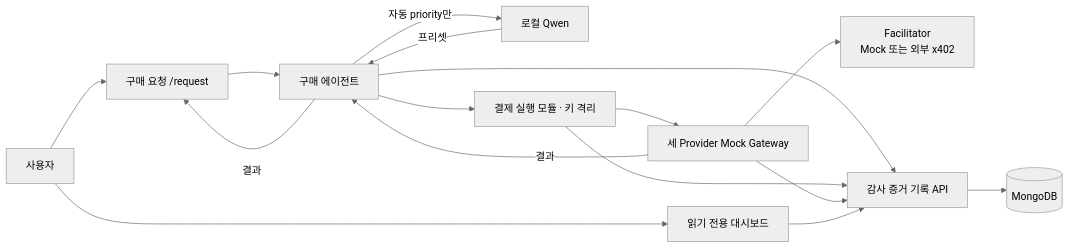
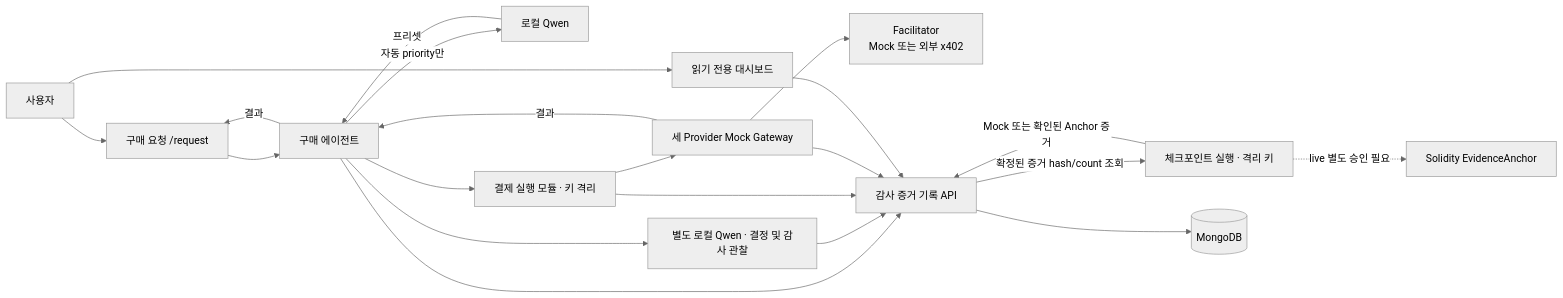
The diagram in README.md (codenameVien/ai-agent-payment-audit), drawn with Mermaid (neutral theme) before and after one commit. The commit also changed other lines of this file and 40 other files, not shown here.

Commit message:
✨ feat: 채팅 구매와 Qwen 감사 및 증거 체크포인트 연결

````diff
--- a/README.md
+++ b/README.md
@@ -17,18 +32,23 @@
 ```mermaid
 flowchart LR
   U[사용자] --> R[구매 요청 /request]
   R --> B[구매 에이전트]
   B -->|자동 priority만| Q[로컬 Qwen]
   Q -->|프리셋| B
   B --> P[결제 실행 모듈 · 키 격리]
   P --> G[세 Provider Mock Gateway]
   G --> F[Facilitator\nMock 또는 외부 x402]
   G -->|결과| B
   B -->|결과| R
   B --> E[감사 증거 기록 API]
+  B --> OBS[별도 로컬 Qwen · 결정 및 감사 관찰]
+  OBS --> E
+  E -->|확정된 증거 hash/count 조회| CP[체크포인트 실행 · 격리 키]
+  CP -. live 별도 승인 필요 .-> AN[Solidity EvidenceAnchor]
+  CP -->|Mock 또는 확인된 Anchor 증거| E
   P --> E
   G --> E
   E --> M[(MongoDB)]
   U --> D[읽기 전용 대시보드]
   D --> E
 ```
````
